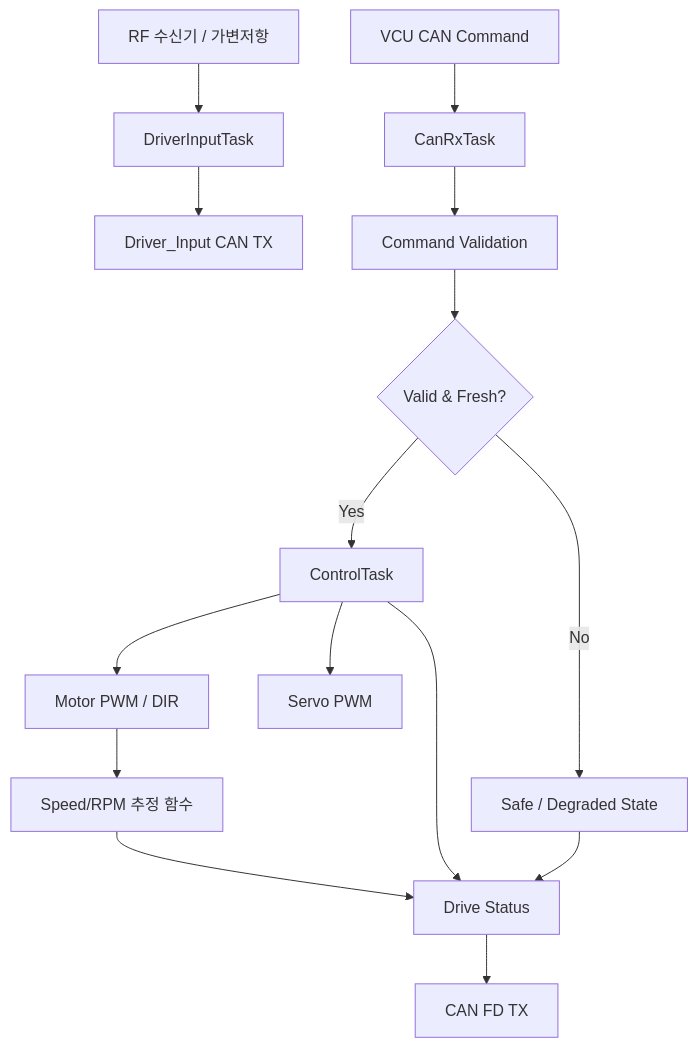
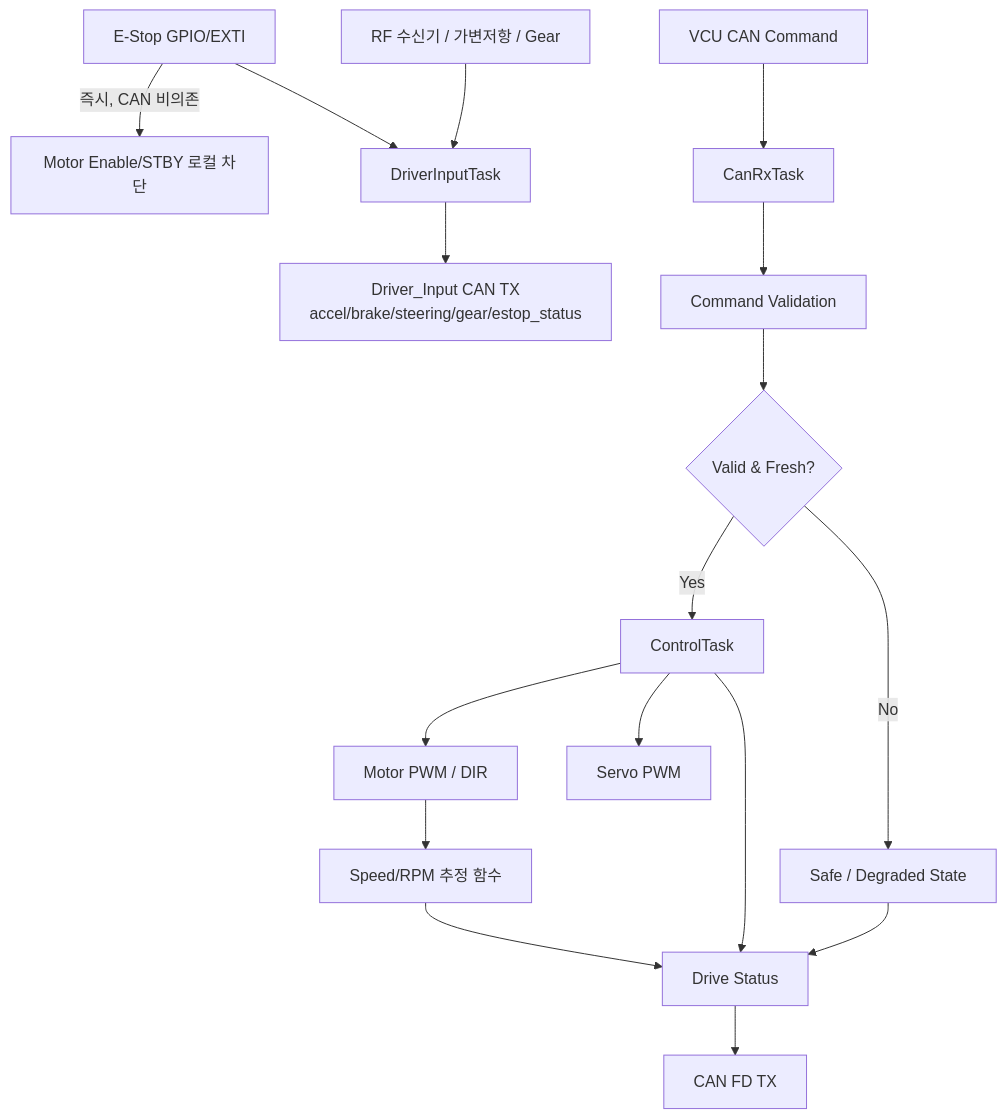
Before and after one commit to sunmaan22/SDV_MCU_Project: the diagram in docs/ecus/Motor_Steering_Control/SPECIFICATION.md, drawn with Mermaid. The commit also changed other lines of this file and 25 other files, not shown here.

````diff
--- a/docs/ecus/Motor_Steering_Control/SPECIFICATION.md
+++ b/docs/ecus/Motor_Steering_Control/SPECIFICATION.md
@@ -122,19 +139,22 @@
 ```mermaid
 flowchart TD
-    RF[RF 수신기 / 가변저항] --> DI[DriverInputTask]
-    DI --> DIPUB[Driver_Input CAN TX]
+    ESTOP[E-Stop GPIO/EXTI] -->|즉시, CAN 비의존| ESACT[Motor Enable/STBY 로컬 차단]
+    ESTOP --> DI
+
+    RF[RF 수신기 / 가변저항 / Gear] --> DI[DriverInputTask]
+    DI --> DIPUB[Driver_Input CAN TX<br/>accel/brake/steering/gear/estop_status]
 
     A[VCU CAN Command] --> B[CanRxTask]
     B --> C[Command Validation]
     C --> D{Valid & Fresh?}
     D -->|No| E[Safe / Degraded State]
     D -->|Yes| F[ControlTask]
 
     F --> M[Motor PWM / DIR]
     F --> S[Servo PWM]
     M --> EST[Speed/RPM 추정 함수]
     EST --> ST[Drive Status]
     F --> ST
     E --> ST
     ST --> CAN[CAN FD TX]
 ```
````
